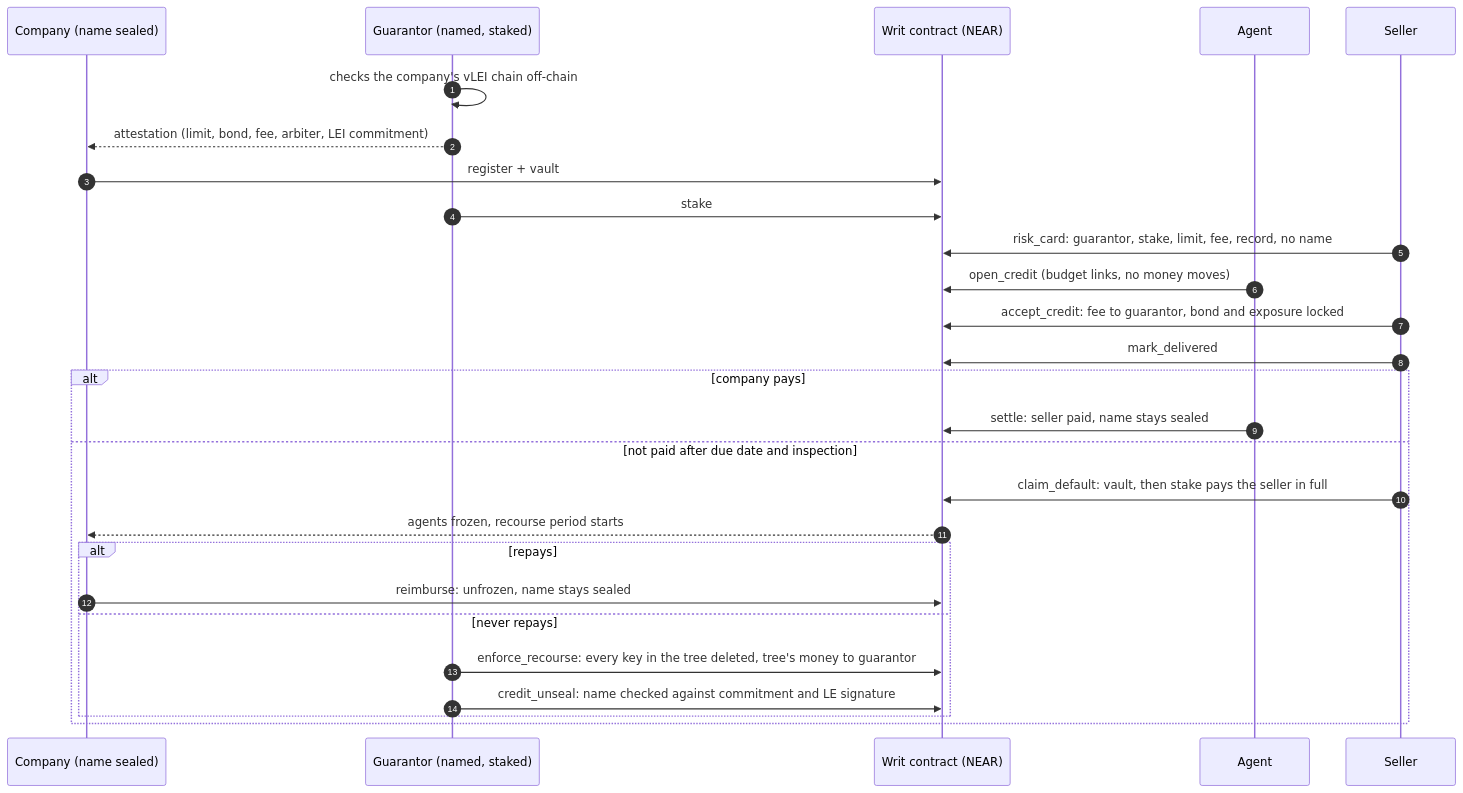
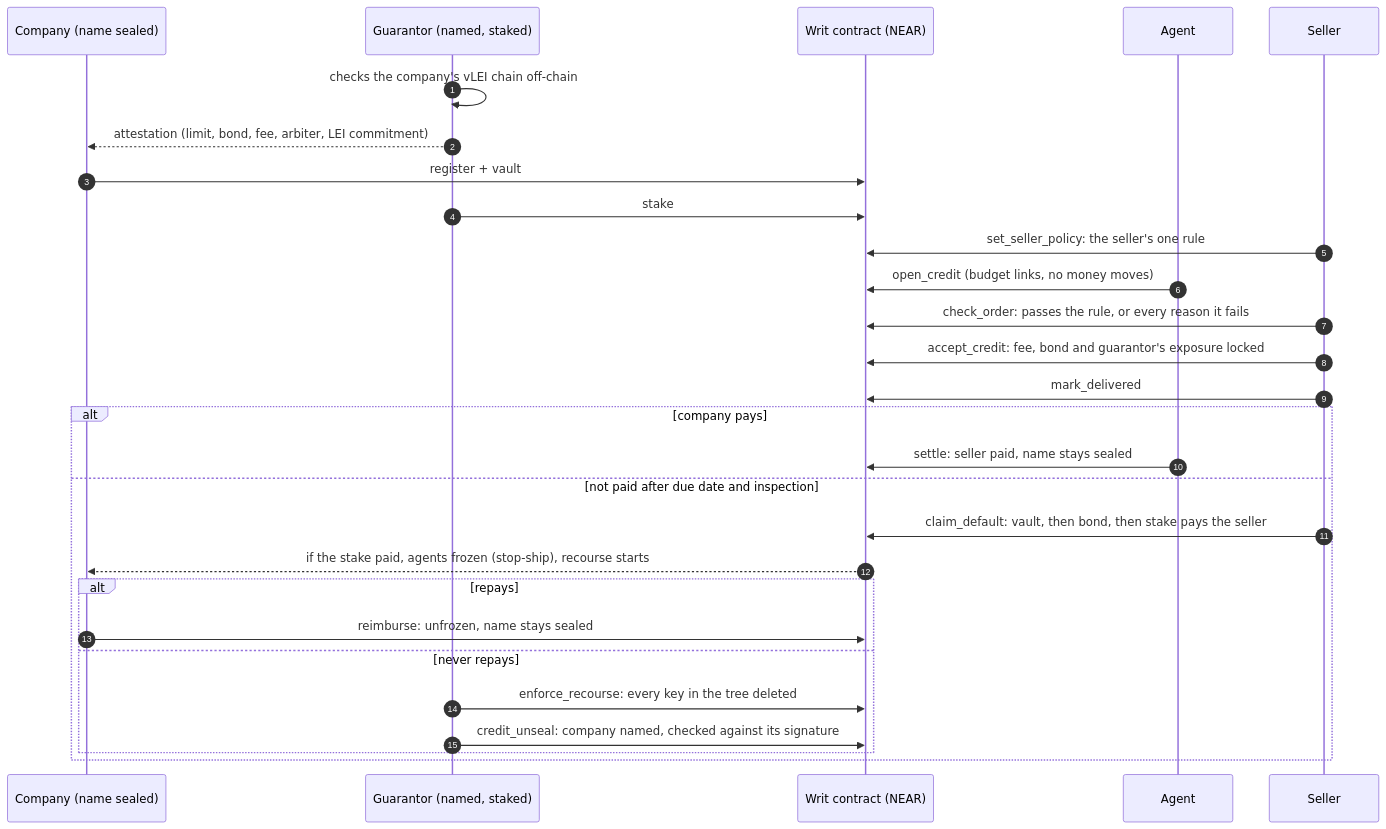
One commit to zuemen/writ changed the diagram in README.md. Above: the diagram before and after it, drawn with Mermaid. The commit also changed other lines of this file and 16 other files, not shown here.

Commit message:
Docs split out of the README; site: seller rule, calculator, comparison; pool in USDC

````diff
--- a/README.md
+++ b/README.md
@@ -85,29 +14,30 @@
 ```mermaid
 sequenceDiagram
     autonumber
     participant C as Company (name sealed)
     participant G as Guarantor (named, staked)
     participant W as Writ contract (NEAR)
     participant A as Agent
     participant S as Seller
     G->>G: checks the company's vLEI chain off-chain
     G-->>C: attestation (limit, bond, fee, arbiter, LEI commitment)
     C->>W: register + vault
     G->>W: stake
-    S->>W: risk_card: guarantor, stake, limit, fee, record, no name
+    S->>W: set_seller_policy: the seller's one rule
     A->>W: open_credit (budget links, no money moves)
-    S->>W: accept_credit: fee to guarantor, bond and exposure locked
+    S->>W: check_order: passes the rule, or every reason it fails
+    S->>W: accept_credit: fee, bond and guarantor's exposure locked
     S->>W: mark_delivered
     alt company pays
         A->>W: settle: seller paid, name stays sealed
     else not paid after due date and inspection
-        S->>W: claim_default: vault, then stake pays the seller in full
-        W-->>C: agents frozen, recourse period starts
+        S->>W: claim_default: vault, then bond, then stake pays the seller
+        W-->>C: if the stake paid, agents frozen (stop-ship), recourse starts
         alt repays
             C->>W: reimburse: unfrozen, name stays sealed
         else never repays
-            G->>W: enforce_recourse: every key in the tree deleted, tree's money to guarantor
-            G->>W: credit_unseal: name checked against commitment and LE signature
+            G->>W: enforce_recourse: every key in the tree deleted
+            G->>W: credit_unseal: company named, checked against its signature
         end
     end
 ```
````
